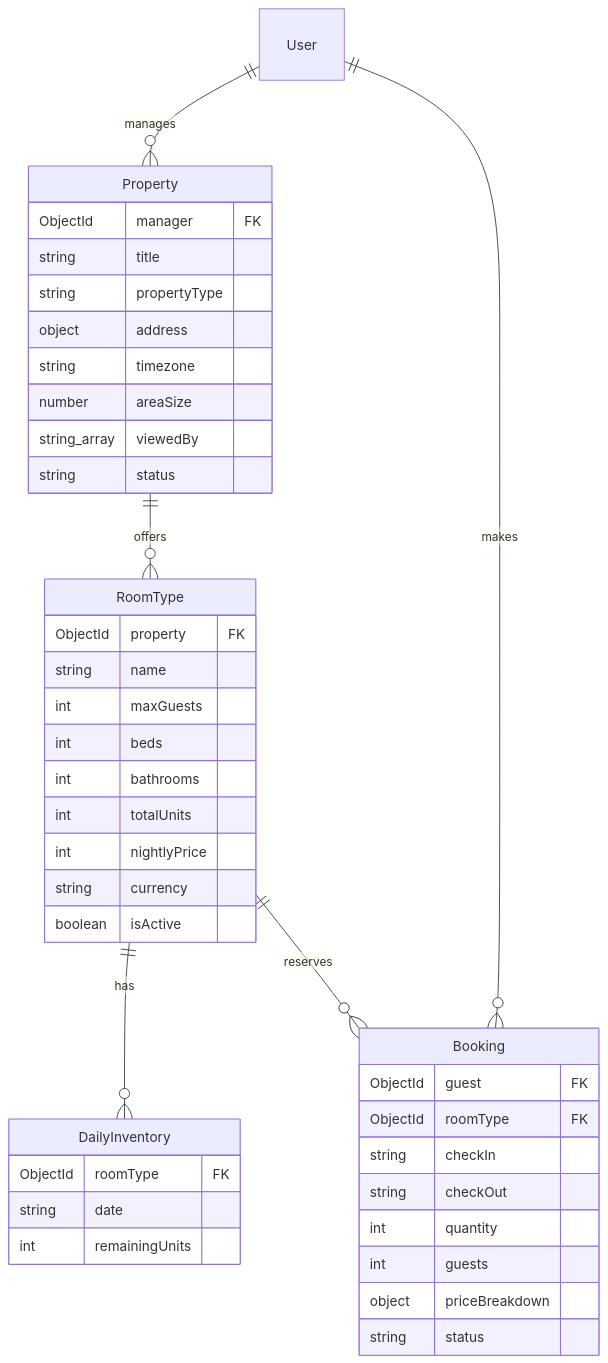
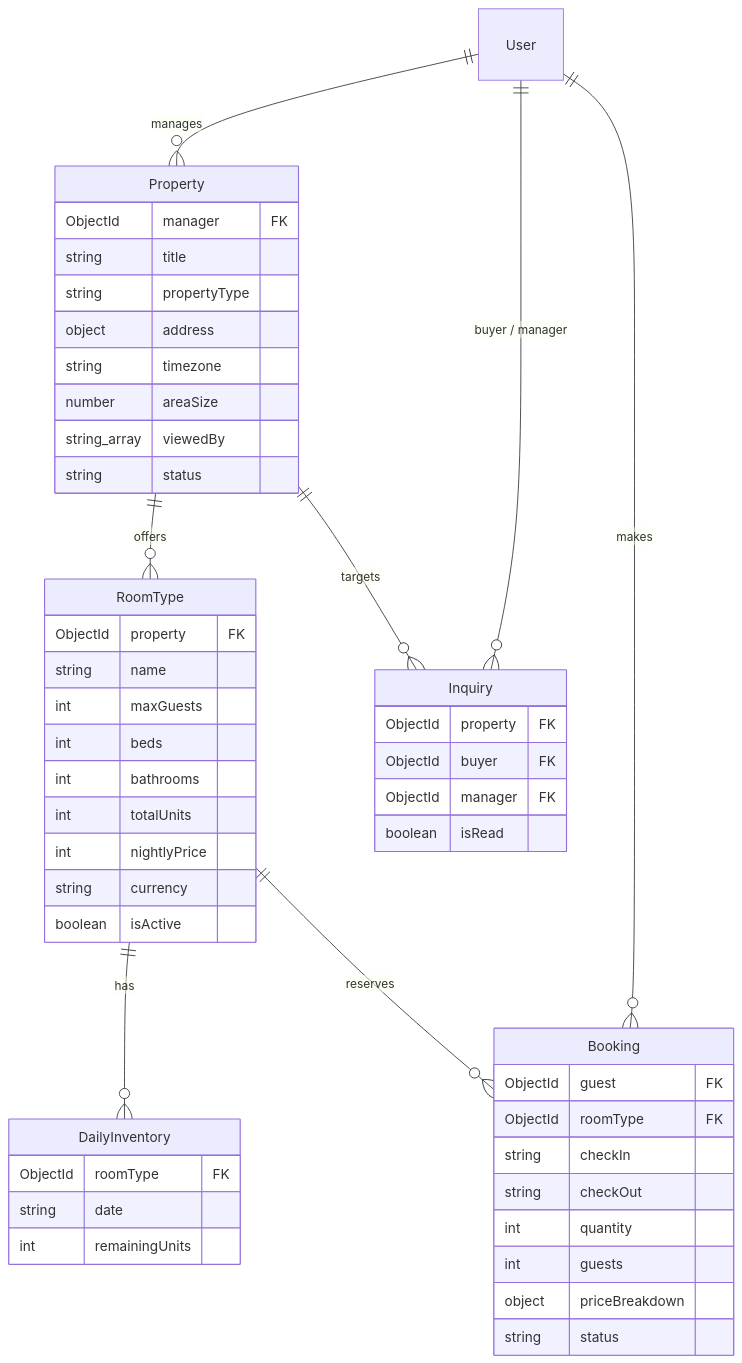
One commit to Kruskal892/HomiePlace changed the first of 2 diagrams in docs/accommodation-schema.md. Above: the diagram before and after it, drawn with Mermaid. The commit also changed other lines of this file and 4 other files, not shown here.

Commit message:
Docs: Document inquiry model and add architecture flow diagrams

````diff
--- a/docs/accommodation-schema.md
+++ b/docs/accommodation-schema.md
@@ -8,45 +8,53 @@
 ```mermaid
 erDiagram
     User ||--o{ Property : manages
     Property ||--o{ RoomType : offers
     RoomType ||--o{ DailyInventory : has
     User ||--o{ Booking : makes
     RoomType ||--o{ Booking : reserves
+    User ||--o{ Inquiry : "buyer / manager"
+    Property ||--o{ Inquiry : targets
 
     Property {
         ObjectId manager FK
         string title
         string propertyType
         object address
         string timezone
         number areaSize
         string_array viewedBy
         string status
     }
     RoomType {
         ObjectId property FK
         string name
         int maxGuests
         int beds
         int bathrooms
         int totalUnits
         int nightlyPrice
         string currency
         boolean isActive
     }
     DailyInventory {
         ObjectId roomType FK
         string date
         int remainingUnits
     }
     Booking {
         ObjectId guest FK
         ObjectId roomType FK
         string checkIn
         string checkOut
         int quantity
         int guests
         object priceBreakdown
         string status
     }
+    Inquiry {
+        ObjectId property FK
+        ObjectId buyer FK
+        ObjectId manager FK
+        boolean isRead
+    }
 ```
````
